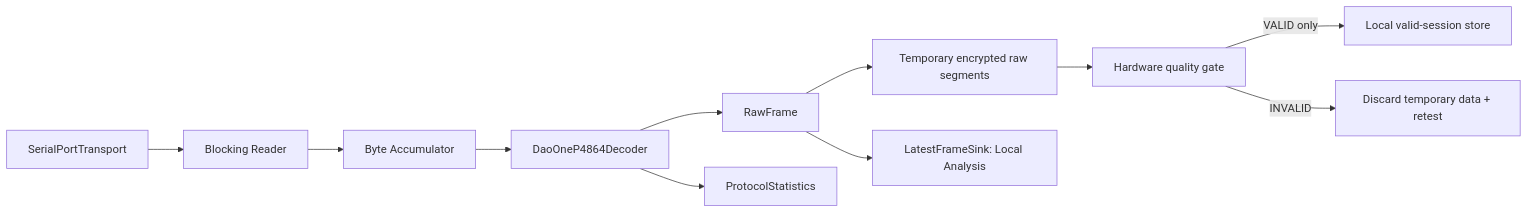
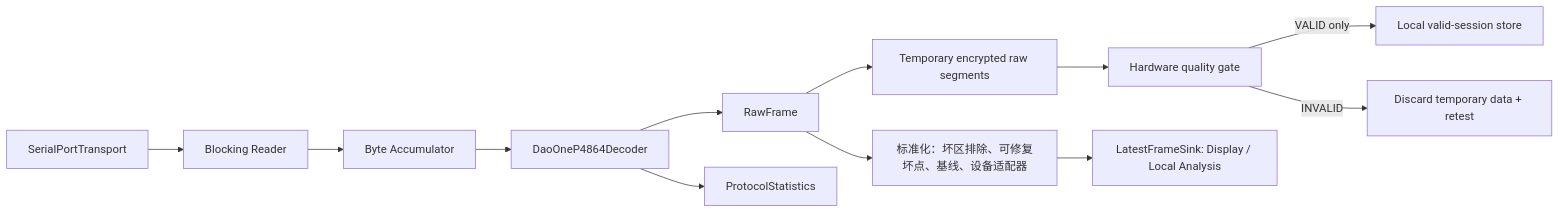
One commit to RGu0/feet-force-plate changed the diagram in docs/modules/02-device-acquisition.md. Above: the diagram before and after it, drawn with Mermaid. The commit also changed other lines of this file and 81 other files, not shown here.

````diff
--- a/docs/modules/02-device-acquisition.md
+++ b/docs/modules/02-device-acquisition.md
@@ -47,13 +47,14 @@
 ```mermaid
 flowchart LR
     PORT["SerialPortTransport"] --> READ["Blocking Reader"]
     READ --> BUFFER["Byte Accumulator"]
     BUFFER --> DECODER["DaoOneP4864Decoder"]
     DECODER --> FRAME["RawFrame"]
     FRAME --> TEMP["Temporary encrypted raw segments"]
     TEMP --> GATE["Hardware quality gate"]
     GATE -->|"VALID only"| STORE["Local valid-session store"]
     GATE -->|"INVALID"| DISCARD["Discard temporary data + retest"]
-    FRAME --> LATEST["LatestFrameSink: Local Analysis"]
+    FRAME --> STANDARD["标准化：坏区排除、可修复坏点、基线、设备适配器"]
+    STANDARD --> LATEST["LatestFrameSink: Display / Local Analysis"]
     DECODER --> STATS["ProtocolStatistics"]
 ```
````
